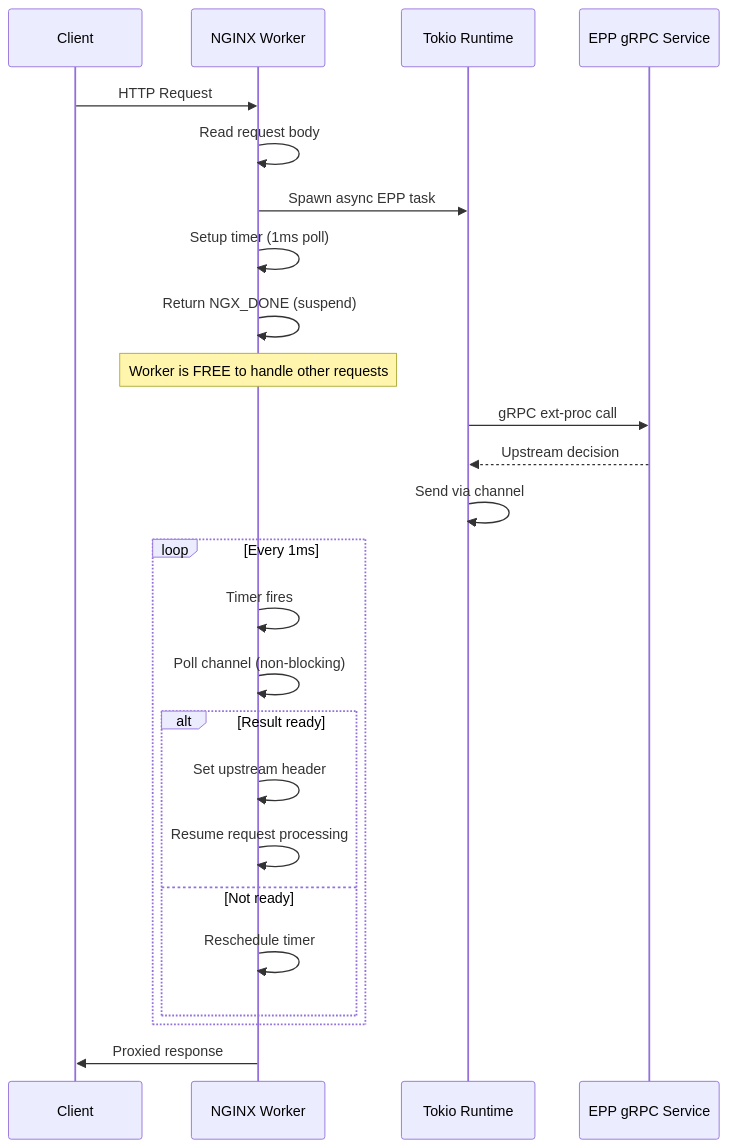
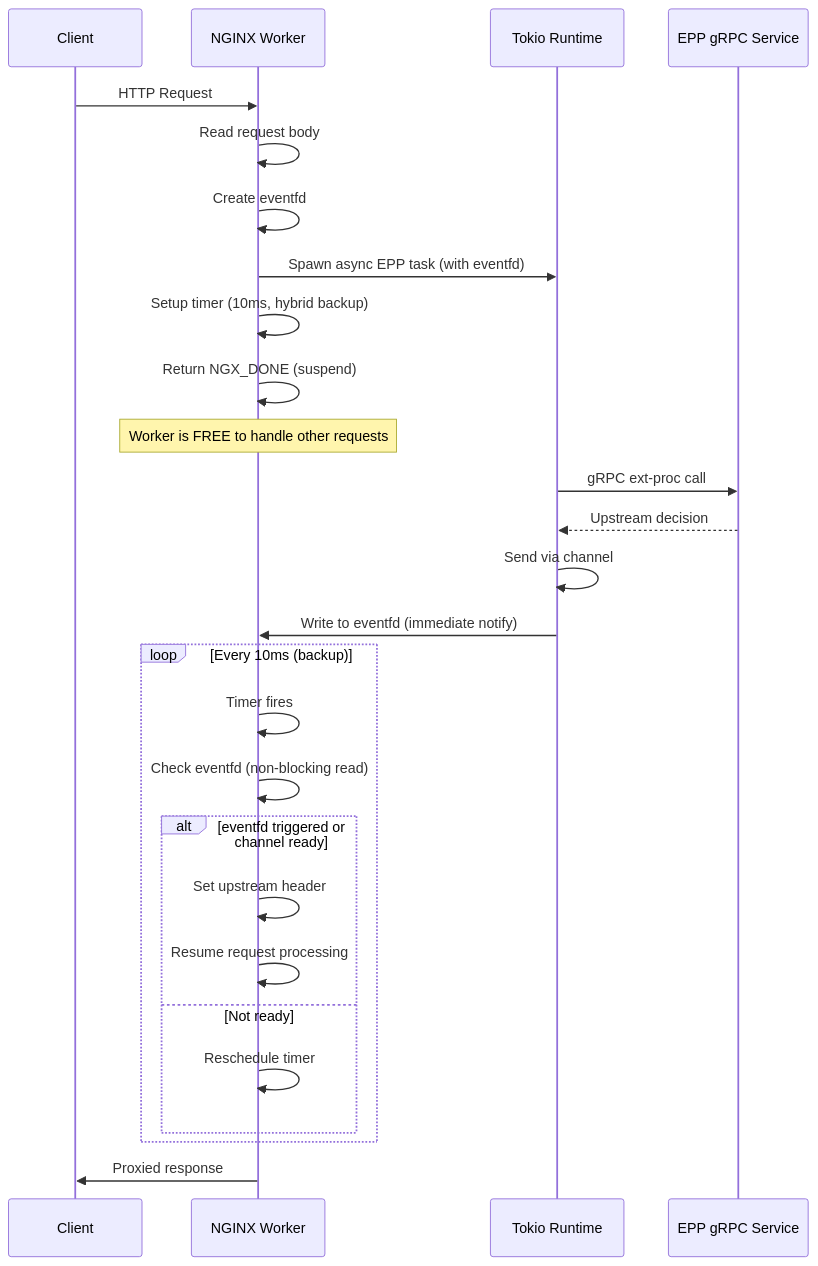
Before and after one commit to CVanF5/ngx-inference: the first of 3 diagrams in docs/epp-async-architecture.md, drawn with Mermaid. The commit also changed other lines of this file and 6 other files, not shown here.

Commit message:
Use Linux eventfd with fallback timer set to 10ms

````diff
--- a/docs/epp-async-architecture.md
+++ b/docs/epp-async-architecture.md
@@ -9,31 +9,33 @@
 ```mermaid
 sequenceDiagram
     participant Client
     participant NGINX Worker
     participant Tokio Runtime
     participant EPP gRPC Service
     
     Client->>NGINX Worker: HTTP Request
     NGINX Worker->>NGINX Worker: Read request body
-    NGINX Worker->>Tokio Runtime: Spawn async EPP task
-    NGINX Worker->>NGINX Worker: Setup timer (1ms poll)
+    NGINX Worker->>NGINX Worker: Create eventfd
+    NGINX Worker->>Tokio Runtime: Spawn async EPP task (with eventfd)
+    NGINX Worker->>NGINX Worker: Setup timer (10ms, hybrid backup)
     NGINX Worker->>NGINX Worker: Return NGX_DONE (suspend)
     Note over NGINX Worker: Worker is FREE to handle other requests
-    
+
     Tokio Runtime->>EPP gRPC Service: gRPC ext-proc call
     EPP gRPC Service-->>Tokio Runtime: Upstream decision
     Tokio Runtime->>Tokio Runtime: Send via channel
-    
-    loop Every 1ms
+    Tokio Runtime->>NGINX Worker: Write to eventfd (immediate notify)
+
+    loop Every 10ms (backup)
         NGINX Worker->>NGINX Worker: Timer fires
-        NGINX Worker->>NGINX Worker: Poll channel (non-blocking)
-        alt Result ready
+        NGINX Worker->>NGINX Worker: Check eventfd (non-blocking read)
+        alt eventfd triggered or channel ready
             NGINX Worker->>NGINX Worker: Set upstream header
             NGINX Worker->>NGINX Worker: Resume request processing
         else Not ready
             NGINX Worker->>NGINX Worker: Reschedule timer
         end
     end
     
     NGINX Worker->>Client: Proxied response
 ```
````
